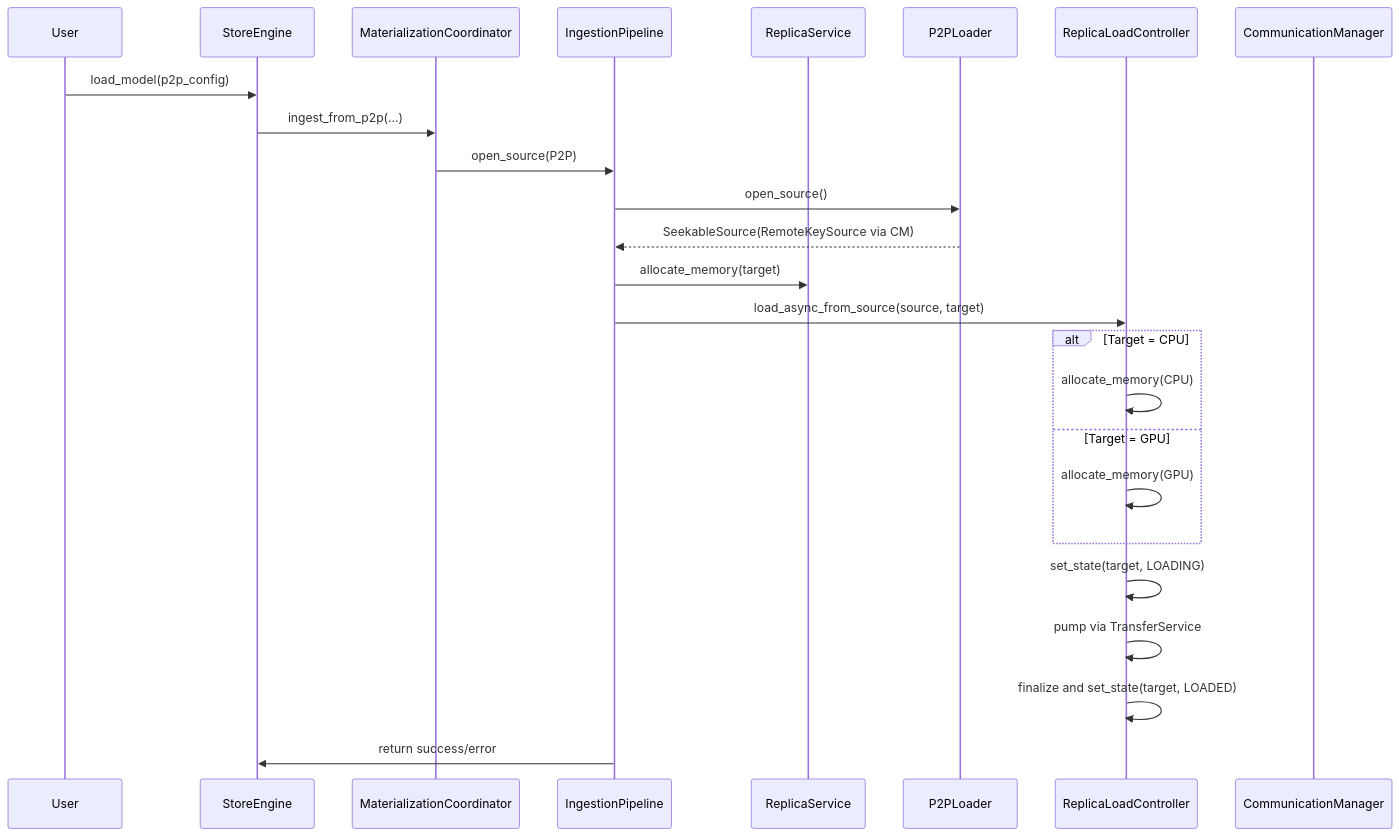
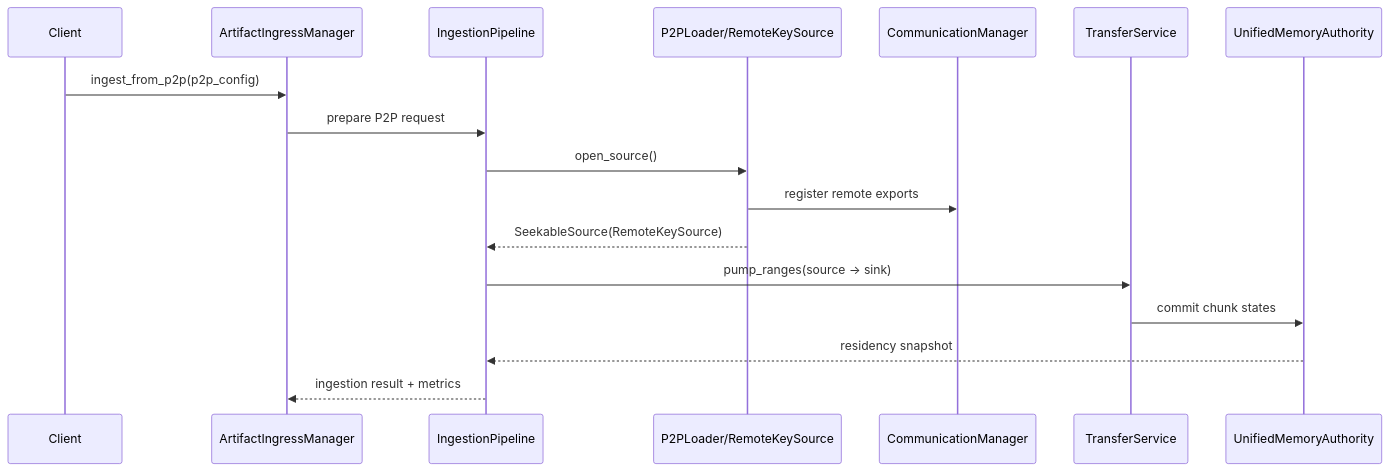
One commit to tensorcast-ai/tensorcast changed the third of 3 diagrams in core/store/docs/architecture.md. Above: the diagram before and after it, drawn with Mermaid. The commit also changed other lines of this file and 47 other files, not shown here.

Commit message:
refactor(store): rearchitect runtime components for improved modularity (#103)

````diff
--- a/core/store/docs/architecture.md
+++ b/core/store/docs/architecture.md
@@ -751,30 +228,20 @@
 ```mermaid
 sequenceDiagram
-    participant User
-    participant CS as StoreEngine
-    participant MC as MaterializationCoordinator
+    participant Client
+    participant AIM as ArtifactIngressManager
     participant IP as IngestionPipeline
-    participant RS as ReplicaService
-    participant RL as P2PLoader
-    participant MM as ReplicaLoadController
-    participant CM as CommunicationManager
+    participant Loader as P2PLoader/RemoteKeySource
+    participant COMM as CommunicationManager
+    participant TS as TransferService
+    participant UMA as UnifiedMemoryAuthority
 
-    User->>CS: load_model(p2p_config)
-    CS->>MC: ingest_from_p2p(...)
-    MC->>IP: open_source(P2P)
-    IP->>RL: open_source()
-    RL-->>IP: SeekableSource(RemoteKeySource via CM)
-    IP->>RS: allocate_memory(target)
-    IP->>MM: load_async_from_source(source, target)
-
-    alt Target = CPU
-        MM->>MM: allocate_memory(CPU)
-    else Target = GPU
-        MM->>MM: allocate_memory(GPU)
-    end
-
-    MM->>MM: set_state(target, LOADING)
-    MM->>MM: pump via TransferService
-    MM->>MM: finalize and set_state(target, LOADED)
-    IP->>CS: return success/error
+    Client->>AIM: ingest_from_p2p(p2p_config)
+    AIM->>IP: prepare P2P request
+    IP->>Loader: open_source()
+    Loader->>COMM: register remote exports
+    Loader-->>IP: SeekableSource(RemoteKeySource)
+    IP->>TS: pump_ranges(source -> sink)
+    TS->>UMA: commit chunk states
+    UMA-->>IP: residency snapshot
+    IP-->>AIM: ingestion result + metrics
 ```
````
